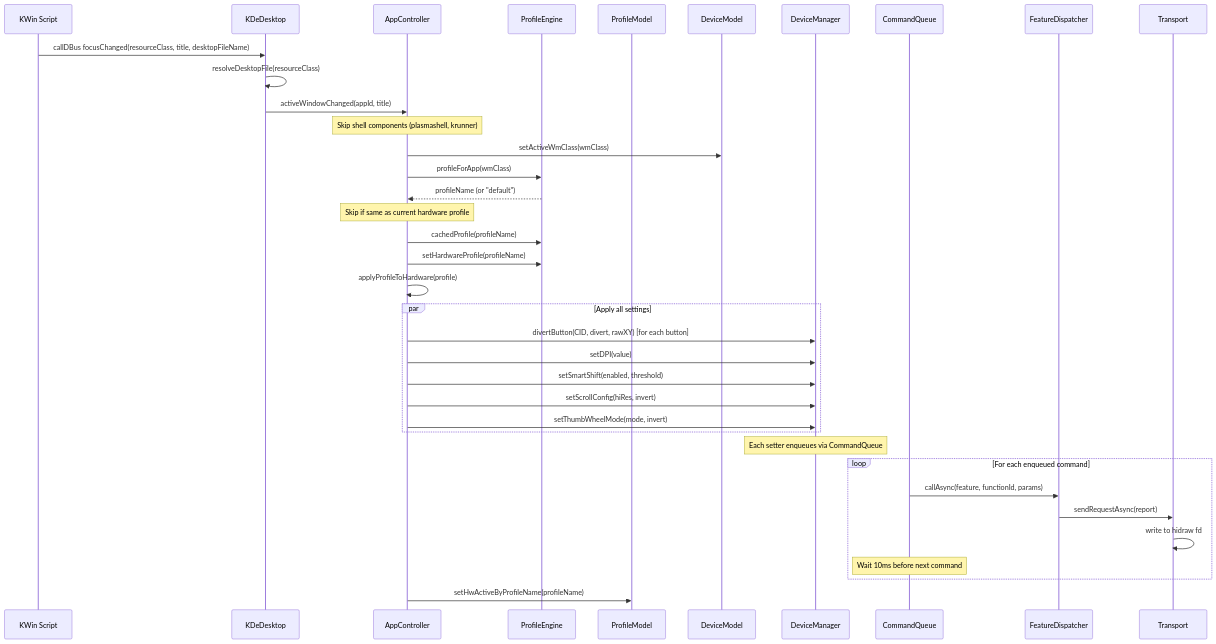
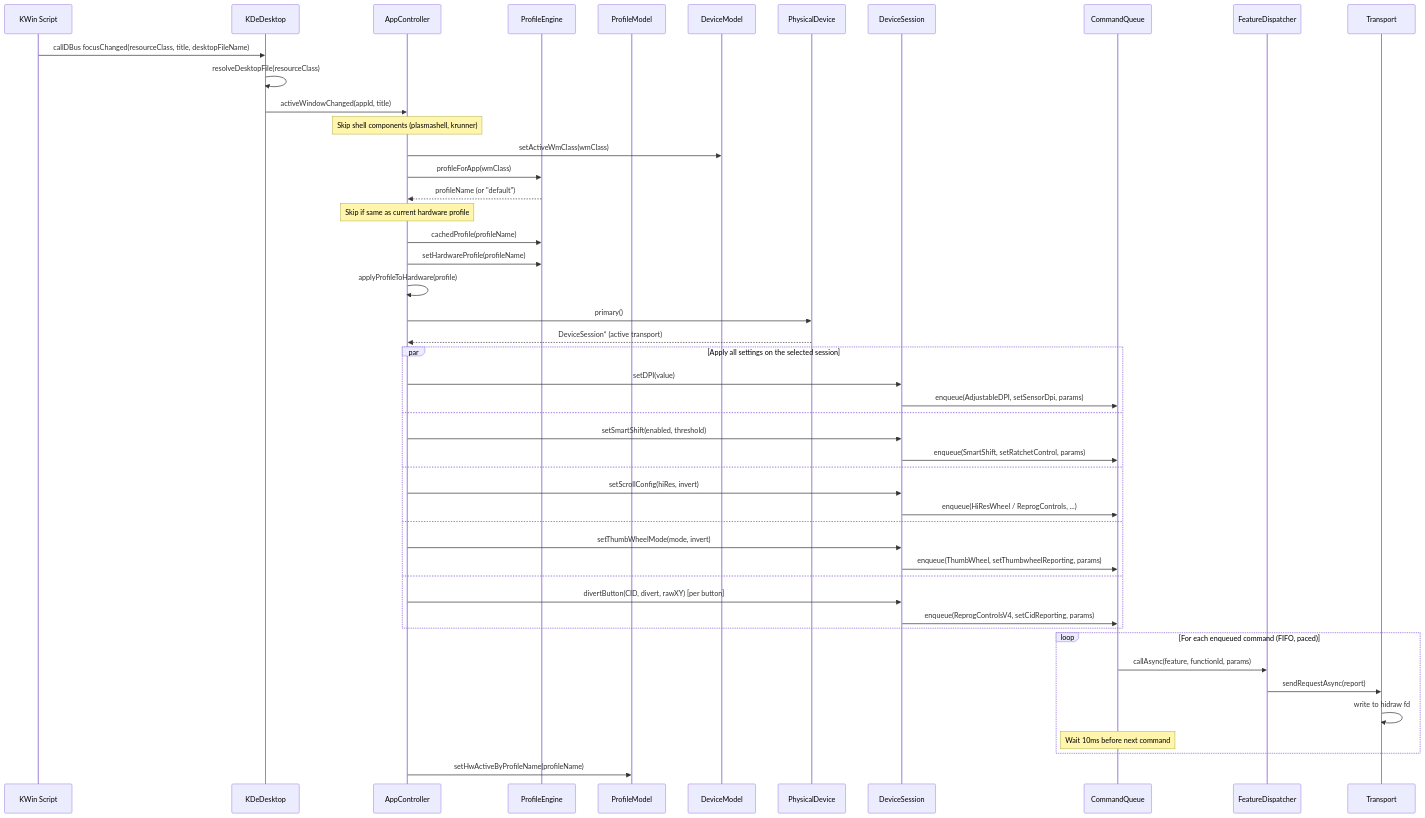
The first of 16 diagrams in docs/wiki/Architecture.md (GarrettGR/logitune), drawn with Mermaid before and after one commit. The commit also changed other lines of this file and 12 other files, not shown here.

````diff
--- a/docs/wiki/Architecture.md
+++ b/docs/wiki/Architecture.md
@@ -111,48 +41,59 @@
 ```mermaid
 sequenceDiagram
     participant KWin as KWin Script
     participant KDE as KDeDesktop
     participant AC as AppController
     participant PE as ProfileEngine
     participant PM as ProfileModel
     participant DM as DeviceModel
-    participant DMgr as DeviceManager
+    participant PD as PhysicalDevice
+    participant DS as DeviceSession
     participant CQ as CommandQueue
     participant FD as FeatureDispatcher
     participant TR as Transport
 
     KWin->>KDE: callDBus focusChanged(resourceClass, title, desktopFileName)
     KDE->>KDE: resolveDesktopFile(resourceClass)
     KDE->>AC: activeWindowChanged(appId, title)
-    
+
     Note over AC: Skip shell components (plasmashell, krunner)
-    
+
     AC->>DM: setActiveWmClass(wmClass)
     AC->>PE: profileForApp(wmClass)
     PE-->>AC: profileName (or "default")
-    
+
     Note over AC: Skip if same as current hardware profile
-    
+
     AC->>PE: cachedProfile(profileName)
     AC->>PE: setHardwareProfile(profileName)
     AC->>AC: applyProfileToHardware(profile)
-    
-    par Apply all settings
-        AC->>DMgr: divertButton(CID, divert, rawXY) [for each button]
-        AC->>DMgr: setDPI(value)
-        AC->>DMgr: setSmartShift(enabled, threshold)
-        AC->>DMgr: setScrollConfig(hiRes, invert)
-        AC->>DMgr: setThumbWheelMode(mode, invert)
+
+    AC->>PD: primary()
+    PD-->>AC: DeviceSession* (active transport)
+
+    par Apply all settings on the selected session
+        AC->>DS: setDPI(value)
+        DS->>CQ: enqueue(AdjustableDPI, setSensorDpi, params)
+    and
+        AC->>DS: setSmartShift(enabled, threshold)
+        DS->>CQ: enqueue(SmartShift, setRatchetControl, params)
+    and
+        AC->>DS: setScrollConfig(hiRes, invert)
+        DS->>CQ: enqueue(HiResWheel / ReprogControls, ...)
+    and
+        AC->>DS: setThumbWheelMode(mode, invert)
+        DS->>CQ: enqueue(ThumbWheel, setThumbwheelReporting, params)
+    and
+        AC->>DS: divertButton(CID, divert, rawXY) [per button]
+        DS->>CQ: enqueue(ReprogControlsV4, setCidReporting, params)
     end
-    
-    Note over DMgr: Each setter enqueues via CommandQueue
-    
-    loop For each enqueued command
+
+    loop For each enqueued command (FIFO, paced)
         CQ->>FD: callAsync(feature, functionId, params)
         FD->>TR: sendRequestAsync(report)
         TR->>TR: write to hidraw fd
         Note over CQ: Wait 10ms before next command
     end
-    
+
     AC->>PM: setHwActiveByProfileName(profileName)
 ```
````
